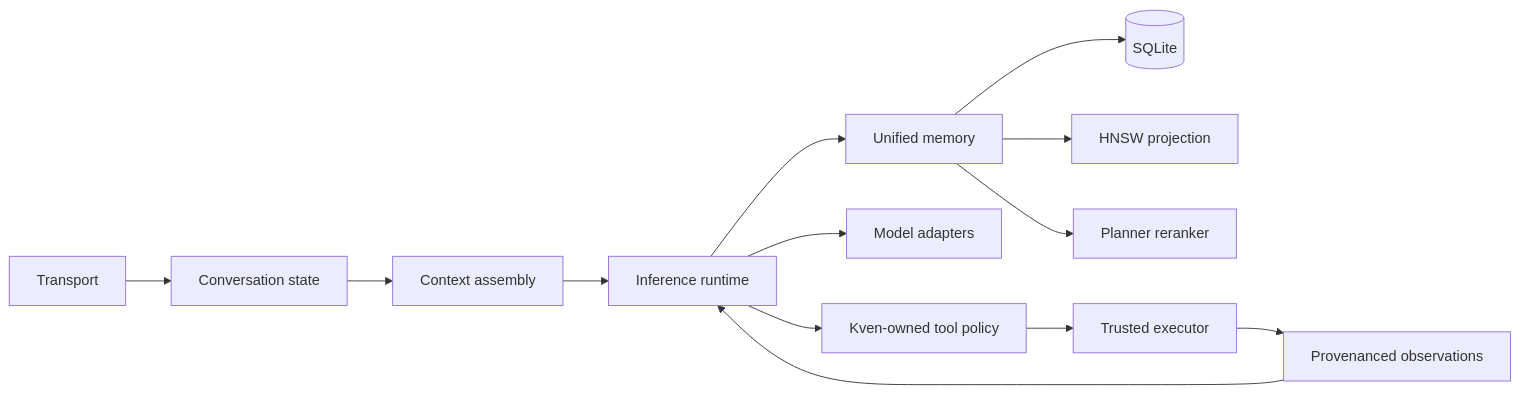
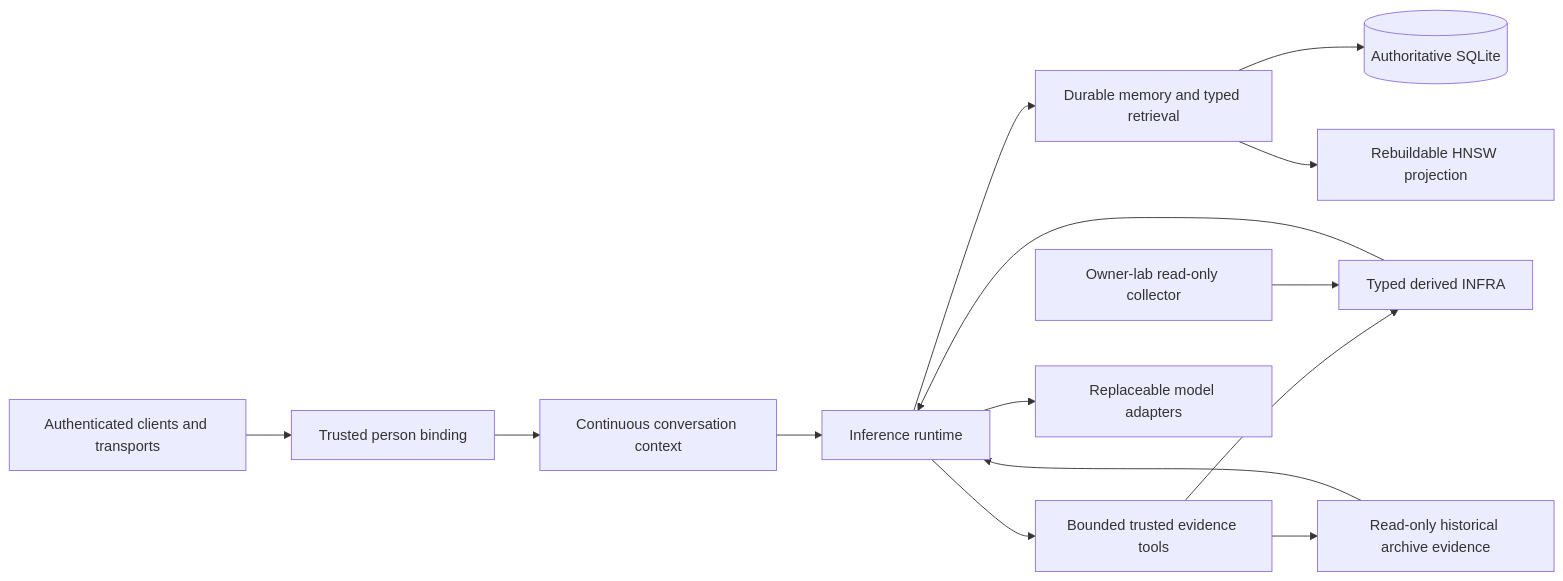
One commit to eugene-kuris/Kven-II changed the diagram in docs/ARCHITECTURE.md. Above: the diagram before and after it, drawn with Mermaid. The commit also changed other lines of this file and 1 other file, not shown here.

Commit message:
docs: refresh truthful Kven II Oct 2026 public projection

````diff
--- a/docs/ARCHITECTURE.md
+++ b/docs/ARCHITECTURE.md
@@ -9,17 +9,16 @@
 ```mermaid
 flowchart LR
-    Transport[Transport] --> Conversation[Conversation state]
-    Conversation --> Context[Context assembly]
+    Clients[Authenticated clients and transports] --> Principal[Trusted person binding]
+    Principal --> Context[Continuous conversation context]
     Context --> Runtime[Inference runtime]
-
-    Runtime --> Memory[Unified memory]
-    Memory --> Durable[(SQLite)]
-    Memory --> Vector[HNSW projection]
-    Memory --> Rank[Planner reranker]
-
-    Runtime --> Model[Model adapters]
-    Runtime --> Tools[Kven-owned tool policy]
-    Tools --> Executor[Trusted executor]
-    Executor --> Observations[Provenanced observations]
-    Observations --> Runtime
+    Runtime --> Memory[Durable memory and typed retrieval]
+    Memory --> SQLite[(Authoritative SQLite)]
+    Memory --> HNSW[Rebuildable HNSW projection]
+    Runtime --> Policy[Bounded trusted evidence tools]
+    Policy --> INFRA[Typed derived INFRA]
+    Lab[Owner-lab read-only collector] --> INFRA
+    Policy --> Archive[Read-only historical archive evidence]
+    INFRA --> Runtime
+    Archive --> Runtime
+    Runtime --> Model[Replaceable model adapters]
 ```
````
